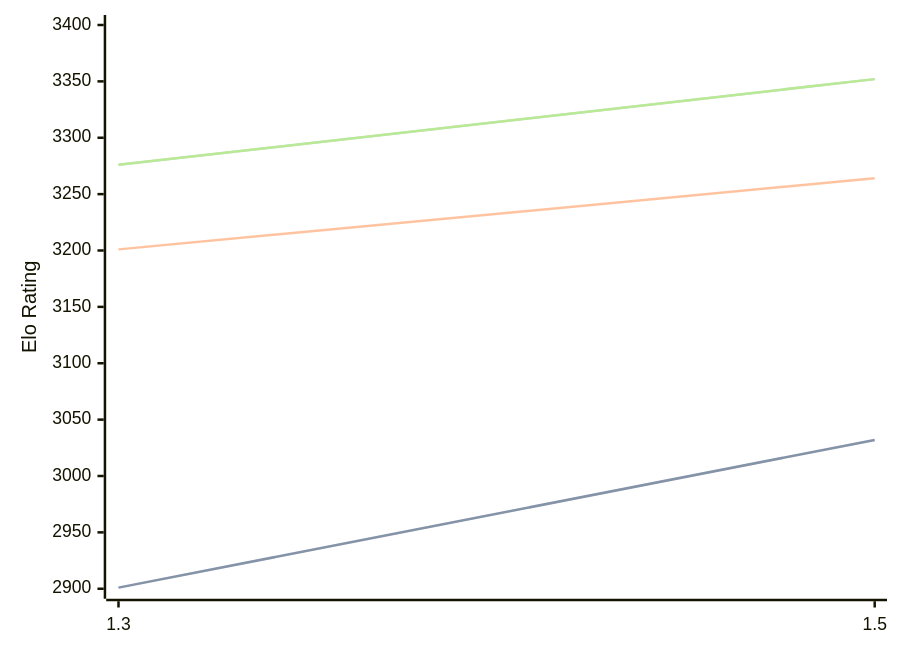
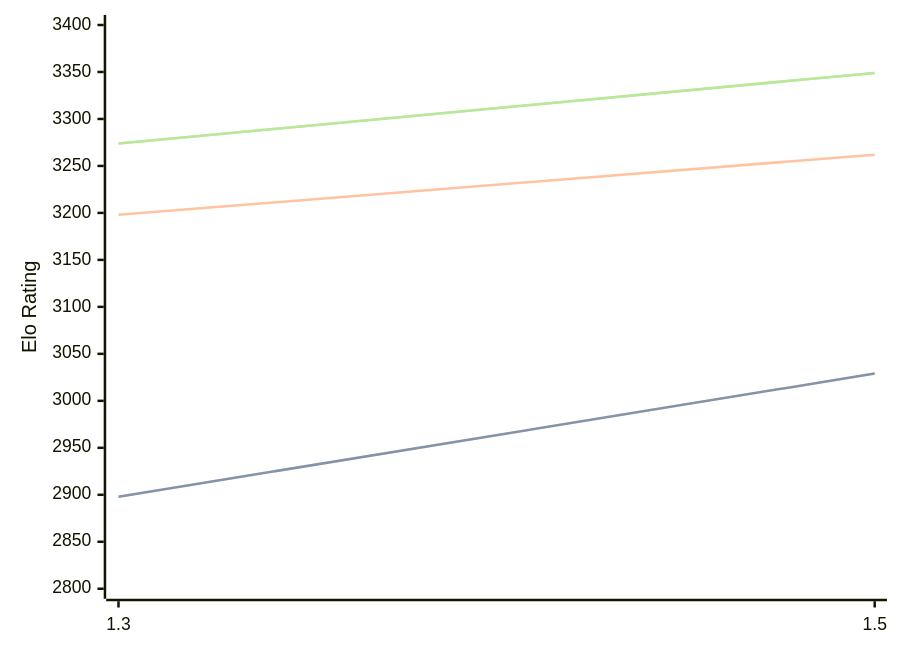
The diagram in engines/Lambergar.md (computer-chess-index/cci), drawn with Mermaid before and after one commit. The commit also changed other lines of this file, not shown here.

Commit message:
Update CCI Ratings (ELO VLTC) - 2026-08-12

````diff
--- a/engines/Lambergar.md
+++ b/engines/Lambergar.md
@@ -32,11 +32,11 @@
 ```mermaid
 %%{init: {"theme":"base","themeVariables":{"seriesColors:['#a3a3a3','#222221','#faa371']}}}%%
 xychart-beta
   x-axis ["1.3", "1.5"]
-  y-axis "Elo Rating" 2900 --> 3400
-  line "STC (8.0+0.08s)" [2901, 3032]
-  line "STC (8.0+0.08s)" [2901, 3032]
-  line "LTC (60.0+0.60s)" [3201, 3264]
-  line "VLTC (2m24s+1.12s)" [3276, 3352]
-  line "VLTC (2m24s+1.12s)" [3276, 3352]
+  y-axis "Elo Rating" 2800 --> 3400
+  line "STC (8.0+0.08s)" [2898, 3029]
+  line "STC (8.0+0.08s)" [2898, 3029]
+  line "LTC (60.0+0.60s)" [3198, 3262]
+  line "VLTC (2m24s+1.12s)" [3274, 3349]
+  line "VLTC (2m24s+1.12s)" [3274, 3349]
 ```
````
